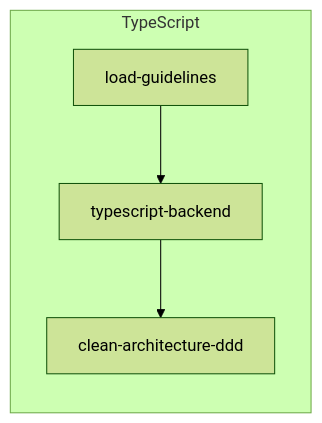
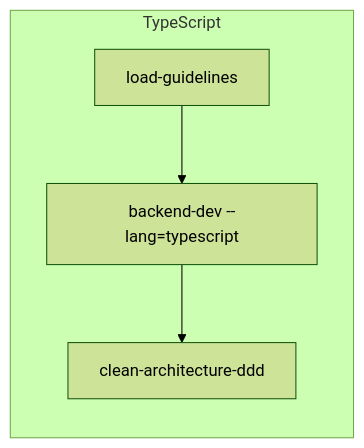
Before and after one commit to DaichiHoshina/ai-tools: the third of 8 diagrams in claude-code/references/SKILLS-DEPENDENCY-GRAPH.md, drawn with Mermaid (forest theme). The commit also changed other lines of this file and 39 other files, not shown here.

````diff
--- a/claude-code/references/SKILLS-DEPENDENCY-GRAPH.md
+++ b/claude-code/references/SKILLS-DEPENDENCY-GRAPH.md
@@ -97,10 +97,10 @@
 ```mermaid
 flowchart LR
     subgraph "TypeScript"
         TS_LG[load-guidelines]
-        TS_BE[typescript-backend]
+        TS_BE[backend-dev --lang=typescript]
         TS_CA[clean-architecture-ddd]
     end
 
     TS_LG --> TS_BE --> TS_CA
 ```
````
